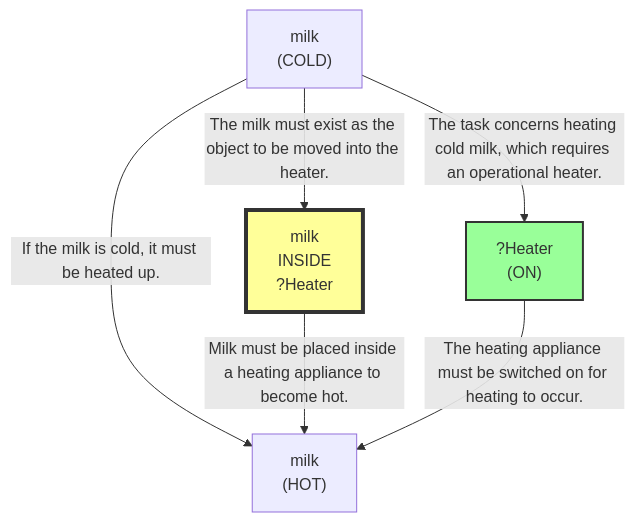
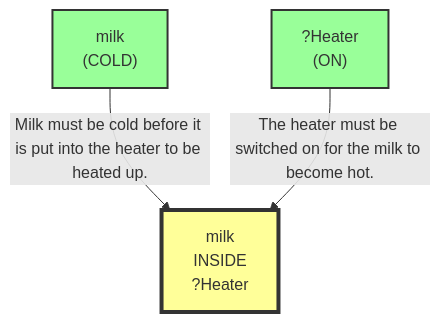
The fifth of 16 diagrams in evaluation/results/table3/robostate/runs/without_memory/M1_05/run_T3_without_memory_M1_05.md (scuama/virtualhome), drawn with Mermaid before and after one commit. The commit also changed other lines of this file and 507 other files, not shown here.

````diff
--- a/evaluation/results/table3/robostate/runs/without_memory/M1_05/run_T3_without_memory_M1_05.md
+++ b/evaluation/results/table3/robostate/runs/without_memory/M1_05/run_T3_without_memory_M1_05.md
@@ -365,14 +366,11 @@
 ```mermaid
 graph TD
     N1["milk<br>(COLD)"]
-    N2["milk<br>(HOT)"]
-    N3["milk<br>INSIDE<br>?Heater"]
-    style N3 fill:#ff9,stroke:#333,stroke-width:4px
-    N4["?Heater<br>(ON)"]
-    style N4 fill:#9f9,stroke:#333,stroke-width:2px
-    N1 -->|"If the milk is cold, it must be heated up."| N2
-    N3 -->|"Milk must be placed inside a heating appliance to become hot."| N2
-    N4 -->|"The heating appliance must be switched on for heating to occur."| N2
-    N1 -->|"The milk must exist as the object to be moved into the heater."| N3
-    N1 -->|"The task concerns heating cold milk, which requires an operational heater."| N4
+    style N1 fill:#9f9,stroke:#333,stroke-width:2px
+    N2["milk<br>INSIDE<br>?Heater"]
+    style N2 fill:#ff9,stroke:#333,stroke-width:4px
+    N3["?Heater<br>(ON)"]
+    style N3 fill:#9f9,stroke:#333,stroke-width:2px
+    N1 -->|"Milk must be cold before it is put into the heater to be heated up."| N2
+    N3 -->|"The heater must be switched on for the milk to become hot."| N2
 ```
````
